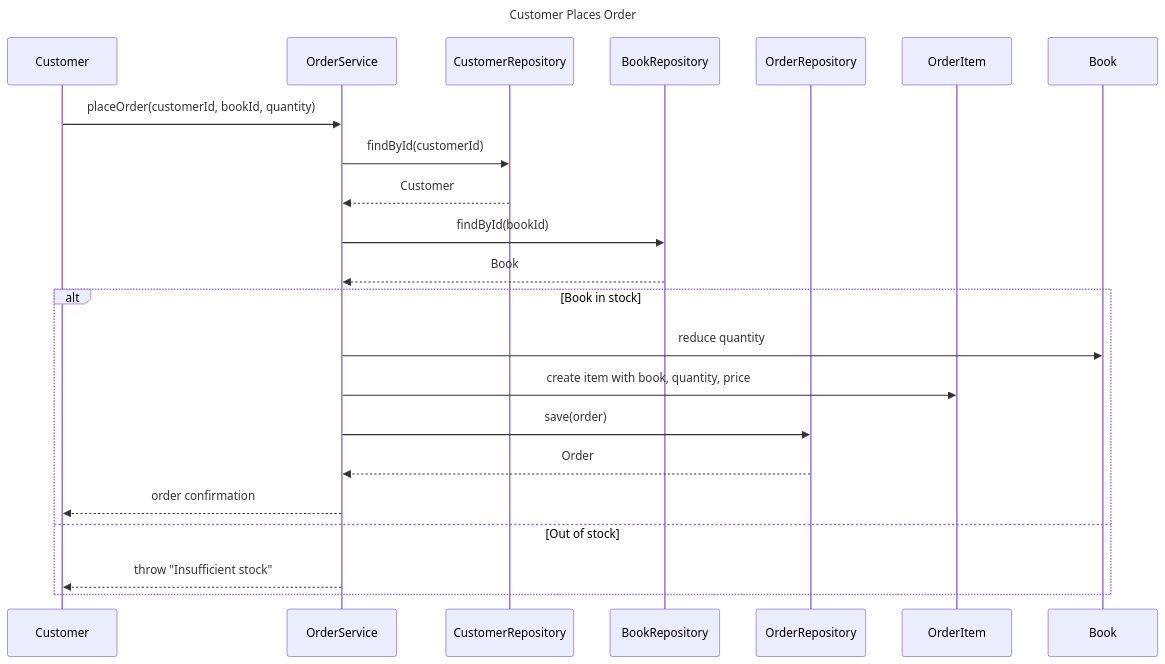
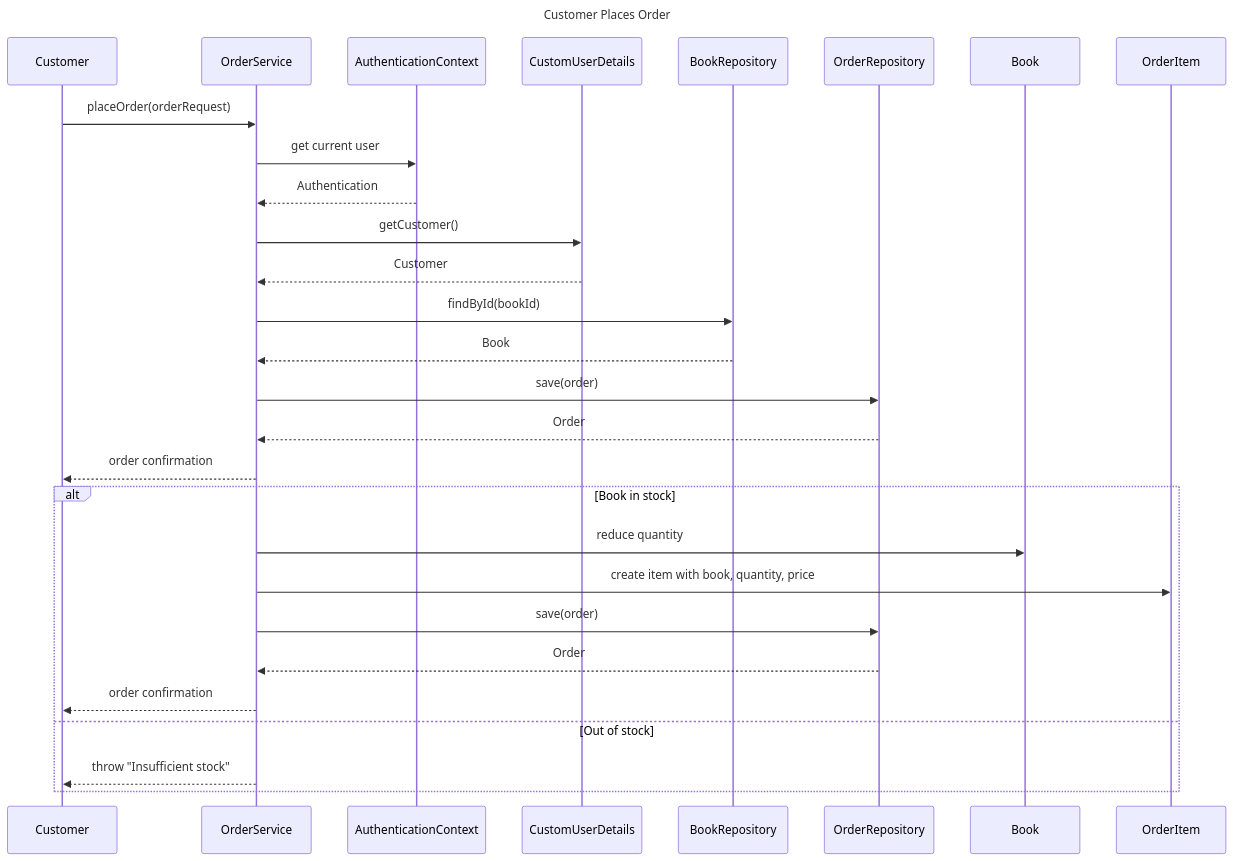
The second of 3 diagrams in README.md (nourhammmad/Book-Store-System), drawn with Mermaid before and after one commit. The commit also changed other lines of this file, not shown here.

Commit message:
docs: update diagram to be up to date

````diff
--- a/README.md
+++ b/README.md
@@ -155,28 +158,32 @@
 ```mermaid
 sequenceDiagram
     title Customer Places Order
 
     participant Customer
     participant OrderService
-    participant CustomerRepository
+    participant AuthenticationContext
+    participant CustomUserDetails
     participant BookRepository
     participant OrderRepository
-    participant OrderItem
 
-    Customer ->> OrderService: placeOrder(customerId, bookId, quantity)
-    OrderService ->> CustomerRepository: findById(customerId)
-    CustomerRepository -->> OrderService: Customer
+    Customer ->> OrderService: placeOrder(orderRequest)
+    OrderService ->> AuthenticationContext: get current user
+    AuthenticationContext -->> OrderService: Authentication
+    OrderService ->> CustomUserDetails: getCustomer()
+    CustomUserDetails -->> OrderService: Customer
     OrderService ->> BookRepository: findById(bookId)
     BookRepository -->> OrderService: Book
+    OrderService ->> OrderRepository: save(order)
+    OrderRepository -->> OrderService: Order
+    OrderService -->> Customer: order confirmation
 
     alt Book in stock
         OrderService ->> Book: reduce quantity
         OrderService ->> OrderItem: create item with book, quantity, price
         OrderService ->> OrderRepository: save(order)
         OrderRepository -->> OrderService: Order
         OrderService -->> Customer: order confirmation
     else Out of stock
         OrderService -->> Customer: throw "Insufficient stock"
     end
-
 ```
````
